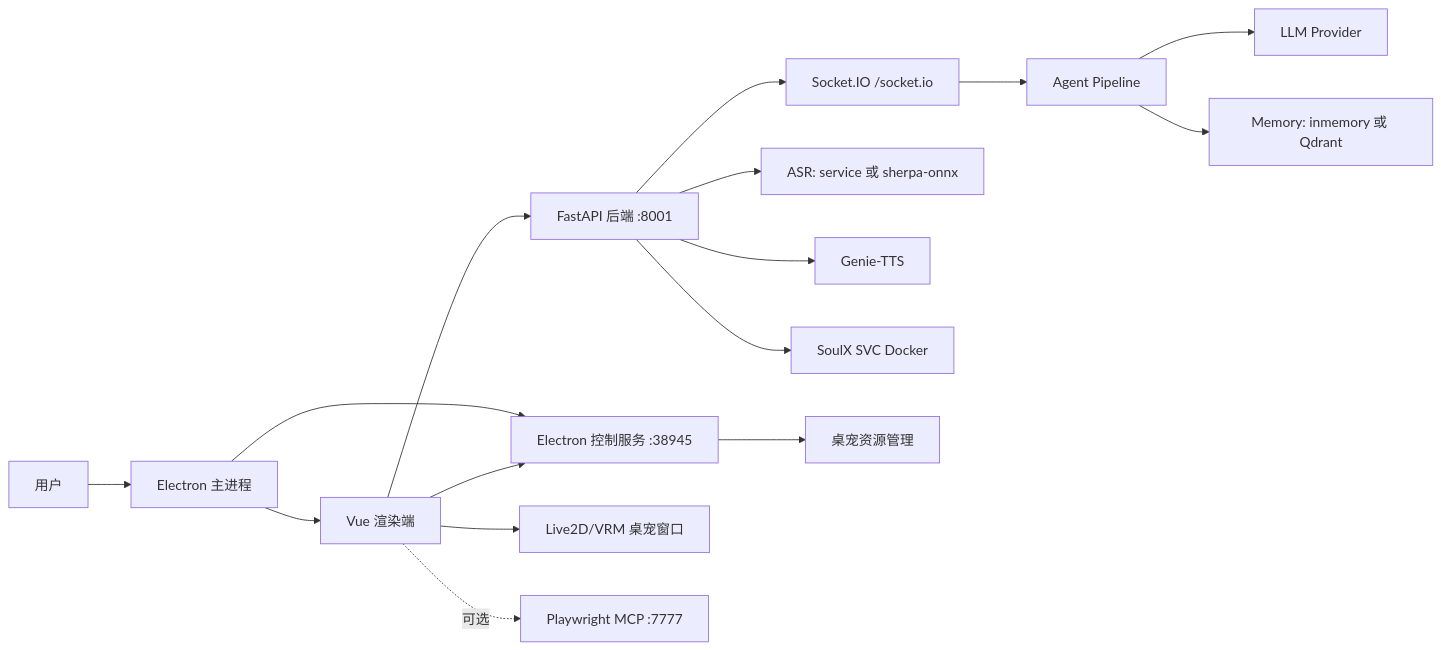
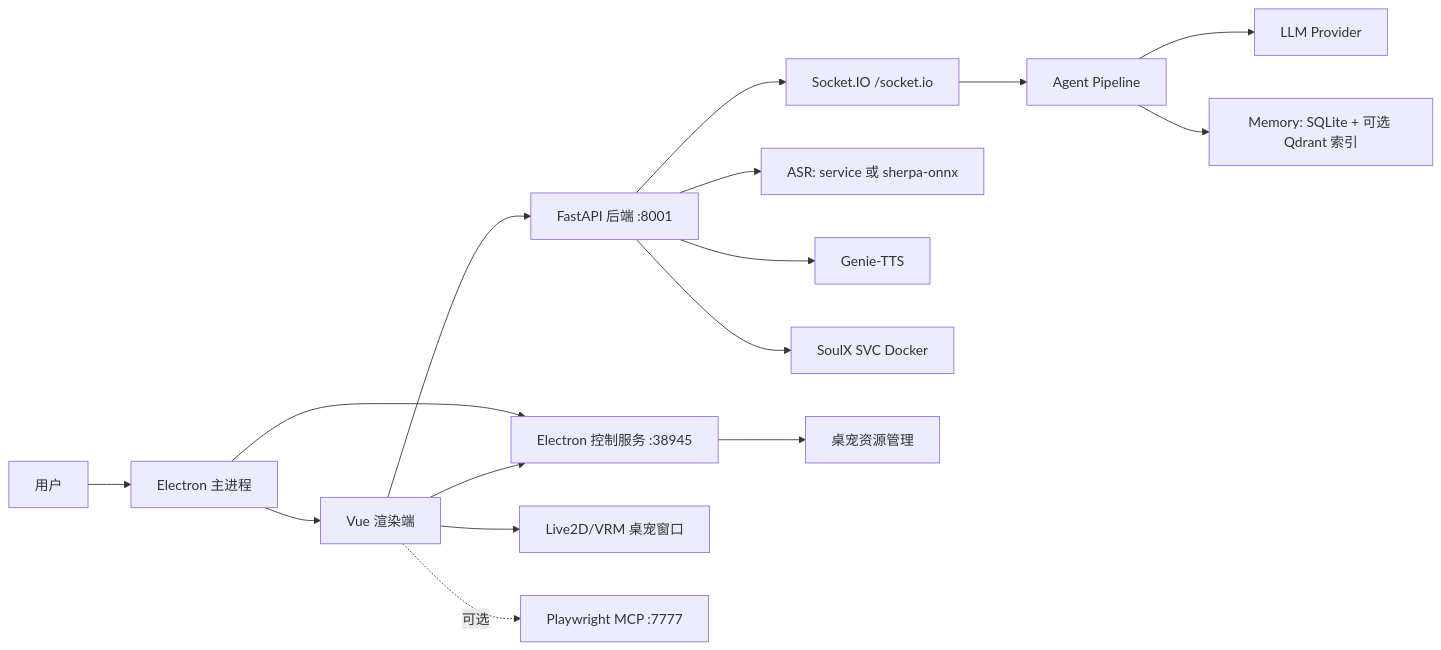
One commit to Rivulet138/yuizaki changed the diagram in README.md. Above: the diagram before and after it, drawn with Mermaid. The commit also changed other lines of this file and 103 other files, not shown here.

````diff
--- a/README.md
+++ b/README.md
@@ -32,18 +32,18 @@
 ```mermaid
 flowchart LR
   User["用户"] --> Electron["Electron 主进程"]
   Electron --> Renderer["Vue 渲染端"]
   Electron --> Control["Electron 控制服务 :38945"]
   Renderer --> Control
   Renderer --> Python["FastAPI 后端 :8001"]
   Renderer --> Pet["Live2D/VRM 桌宠窗口"]
   Python --> SocketIO["Socket.IO /socket.io"]
   SocketIO --> Agent["Agent Pipeline"]
   Agent --> LLM["LLM Provider"]
-  Agent --> Memory["Memory: inmemory 或 Qdrant"]
+  Agent --> Memory["Memory: SQLite + 可选 Qdrant 索引"]
   Python --> ASR["ASR: service 或 sherpa-onnx"]
   Python --> TTS["Genie-TTS"]
   Python --> SVC["SoulX SVC Docker"]
   Control --> PetAssets["桌宠资源管理"]
   Renderer -. 可选 .-> MCP["Playwright MCP :7777"]
 ```
````
